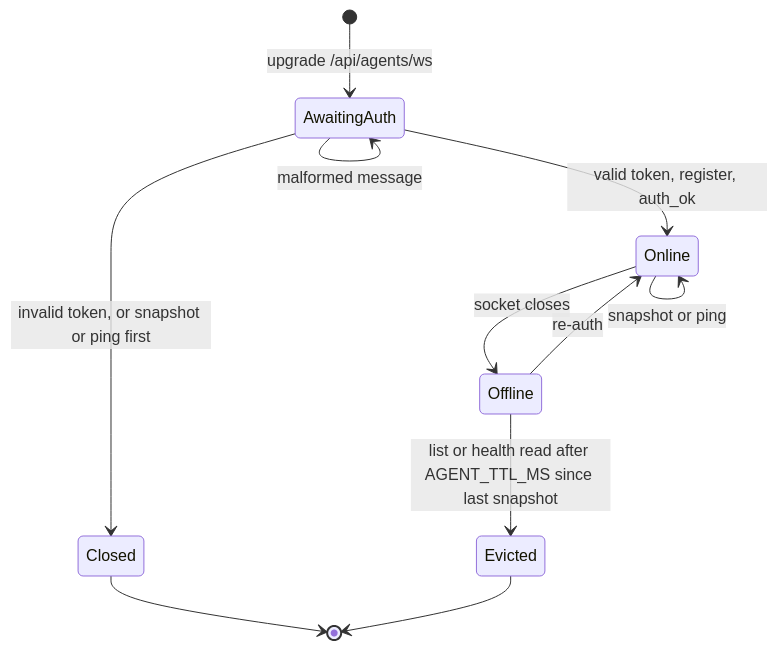
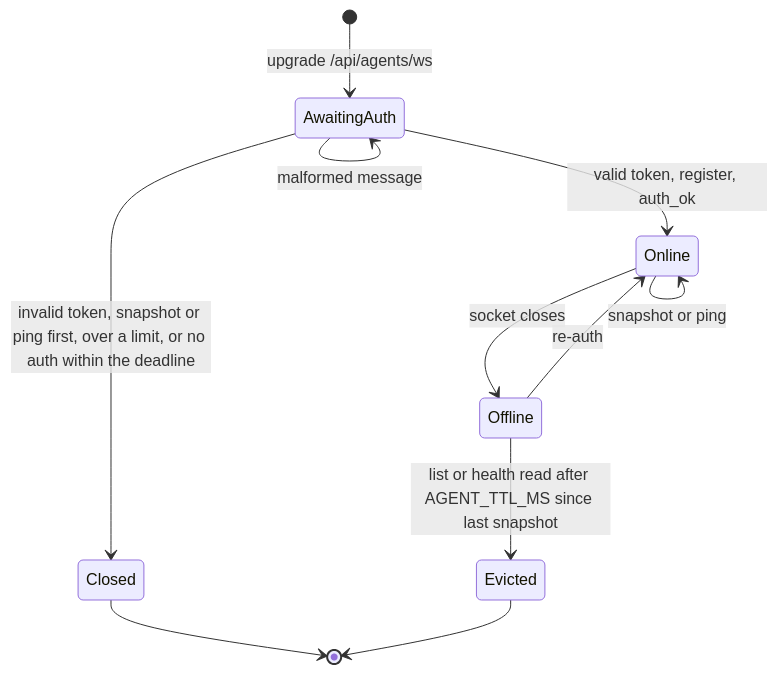
The diagram in docs/AGENT-PROTOCOL.md (LanNguyenSi/clawd-monitor), drawn with Mermaid before and after one commit. The commit also changed other lines of this file and 8 other files, not shown here.

````diff
--- a/docs/AGENT-PROTOCOL.md
+++ b/docs/AGENT-PROTOCOL.md
@@ -183,13 +223,13 @@
 ```mermaid
 stateDiagram-v2
   [*] --> AwaitingAuth: upgrade /api/agents/ws
   AwaitingAuth --> AwaitingAuth: malformed message
-  AwaitingAuth --> Closed: invalid token, or snapshot or ping first
+  AwaitingAuth --> Closed: invalid token, snapshot or ping first, over a limit, or no auth within the deadline
   AwaitingAuth --> Online: valid token, register, auth_ok
   Offline --> Online: re-auth
   Online --> Online: snapshot or ping
   Online --> Offline: socket closes
   Offline --> Evicted: list or health read after AGENT_TTL_MS since last snapshot
   Closed --> [*]
   Evicted --> [*]
 ```
````
